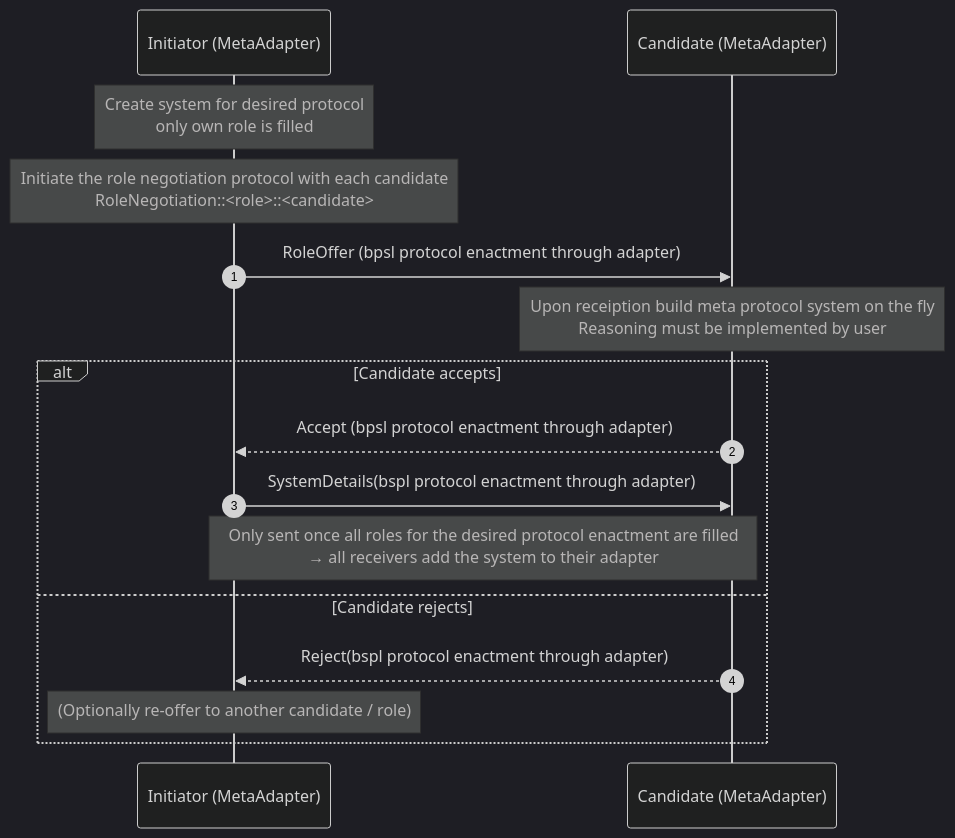
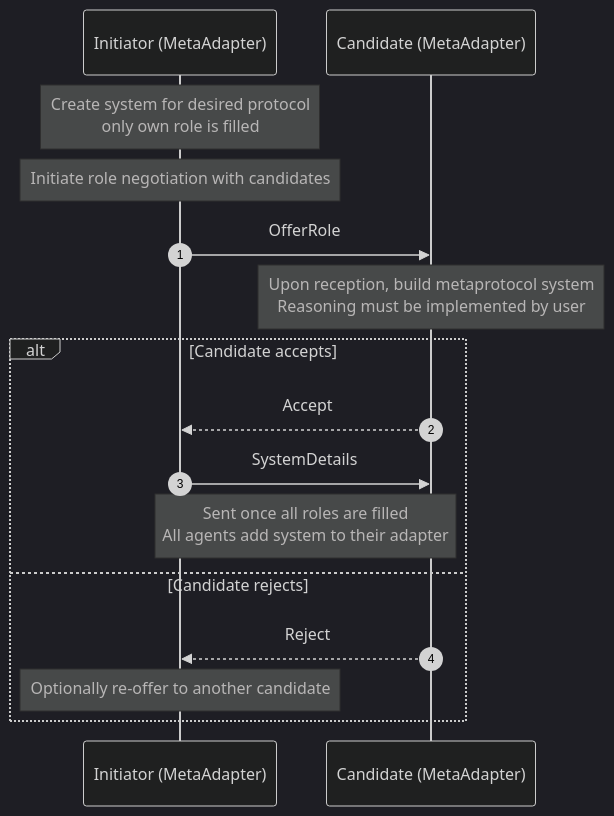
Before and after one commit to KaiTries/MasterThesis: the diagram in README.md, drawn with Mermaid (dark theme). The commit also changed other lines of this file and 2 other files, not shown here.

````diff
--- a/README.md
+++ b/README.md
@@ -66,22 +62,21 @@
 ```mermaid
 sequenceDiagram
     autonumber
     participant I as Initiator (MetaAdapter)
     participant C as Candidate (MetaAdapter)
 
     Note over I: Create system for desired protocol<br/>only own role is filled
-    Note over I: Initiate the role negotiation protocol with each candidate<br/> RoleNegotiation::<role>::<candidate>
+    Note over I: Initiate role negotiation with candidates
 
-    I->>C: RoleOffer (bpsl protocol enactment through adapter)
-    Note over C: Upon receiption build meta protocol system on the fly<br/>Reasoning must be implemented by user
+    I->>C: OfferRole
+    Note over C: Upon reception, build metaprotocol system<br/>Reasoning must be implemented by user
 
     alt Candidate accepts
-        C-->>I: Accept (bpsl protocol enactment through adapter)
-        I->>C: SystemDetails(bspl protocol enactment through adapter)
-        Note over I,C: Only sent once all roles for the desired protocol enactment are filled <br/>→ all receivers add the system to their adapter
+        C-->>I: Accept
+        I->>C: SystemDetails
+        Note over I,C: Sent once all roles are filled<br/>All agents add system to their adapter
     else Candidate rejects
-        C-->>I: Reject(bspl protocol enactment through adapter)
-        Note over I: (Optionally re-offer to another candidate / role)
+        C-->>I: Reject
+        Note over I: Optionally re-offer to another candidate
     end
-
 ```
````
